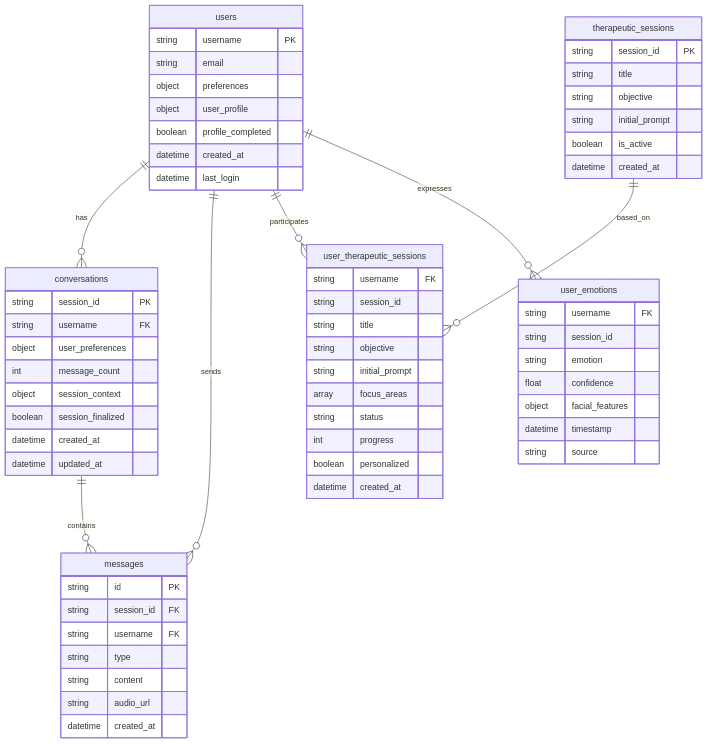
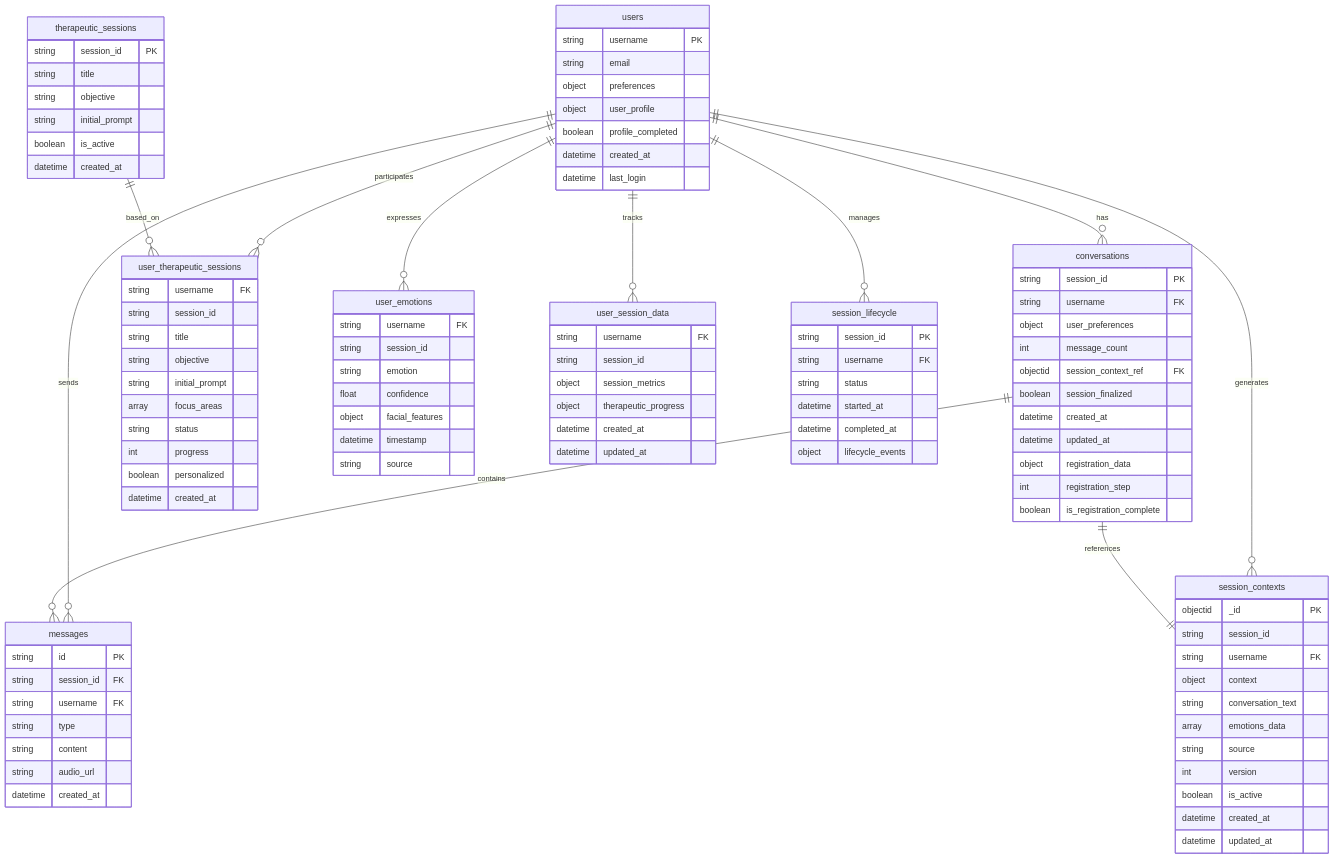
One commit to arangelcn/empath-ia changed the eighth of 8 diagrams in README.md. Above: the diagram before and after it, drawn with Mermaid. The commit also changed other lines of this file, not shown here.

````diff
--- a/README.md
+++ b/README.md
@@ -415,8 +453,25 @@
         string username FK
         object user_preferences
         int message_count
-        object session_context
+        objectid session_context_ref FK
         boolean session_finalized
+        datetime created_at
+        datetime updated_at
+        object registration_data
+        int registration_step
+        boolean is_registration_complete
+    }
+    
+    session_contexts {
+        objectid _id PK
+        string session_id
+        string username FK
+        object context
+        string conversation_text
+        array emotions_data
+        string source
+        int version
+        boolean is_active
         datetime created_at
         datetime updated_at
     }
@@ -463,10 +518,32 @@
         datetime created_at
     }
     
+    user_session_data {
+        string username FK
+        string session_id
+        object session_metrics
+        object therapeutic_progress
+        datetime created_at
+        datetime updated_at
+    }
+    
+    session_lifecycle {
+        string session_id PK
+        string username FK
+        string status
+        datetime started_at
+        datetime completed_at
+        object lifecycle_events
+    }
+    
     users ||--o{ conversations : "has"
     users ||--o{ messages : "sends"
     users ||--o{ user_therapeutic_sessions : "participates"
     users ||--o{ user_emotions : "expresses"
+    users ||--o{ session_contexts : "generates"
+    users ||--o{ user_session_data : "tracks"
+    users ||--o{ session_lifecycle : "manages"
     conversations ||--o{ messages : "contains"
+    conversations ||--|| session_contexts : "references"
     therapeutic_sessions ||--o{ user_therapeutic_sessions : "based_on"
 ```
````
